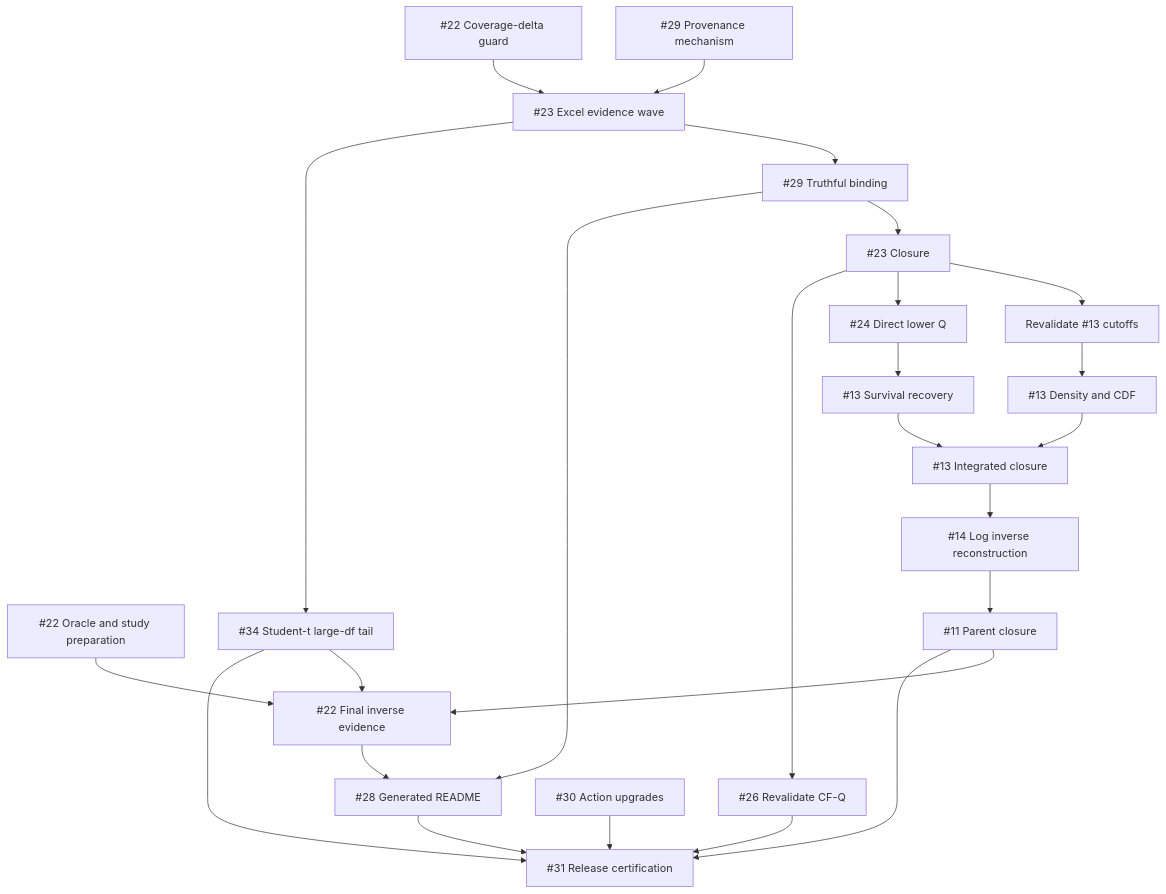
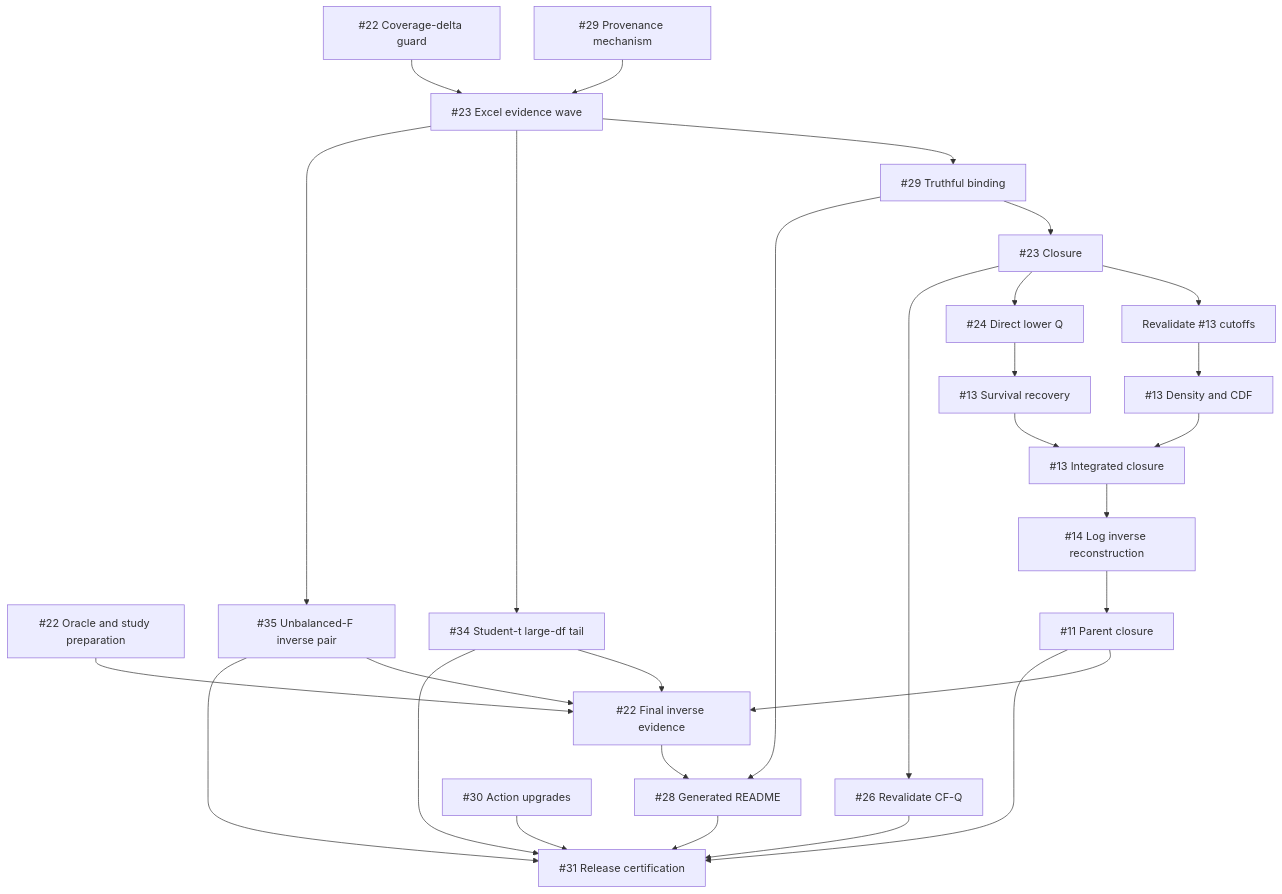
Before and after one commit to danielep71/VBA-PROBABILITY-DISTRIBUTIONS: the diagram in docs/V1_0_0_IMPLEMENTATION_PLAN.md, drawn with Mermaid. The commit also changed other lines of this file and 2 other files, not shown here.

First line of the commit message:
study(f): preregister the #35 unbalanced-F isolation (refs #35, #22)

```diff
--- a/docs/V1_0_0_IMPLEMENTATION_PLAN.md
+++ b/docs/V1_0_0_IMPLEMENTATION_PLAN.md
@@ -160,27 +160,30 @@
 ~~~mermaid
 flowchart TD
     M29["#29 Provenance mechanism"] --> E23["#23 Excel evidence wave"]
     G22["#22 Coverage-delta guard"] --> E23
     P22["#22 Oracle and study preparation"] --> C22["#22 Final inverse evidence"]
     E23 --> C29["#29 Truthful binding"]
     C29 --> I23["#23 Closure"]
     I23 --> R13["Revalidate #13 cutoffs"]
     I23 --> I24["#24 Direct lower Q"]
     I23 --> I26["#26 Revalidate CF-Q"]
     R13 --> D13["#13 Density and CDF"]
     I24 --> S13["#13 Survival recovery"]
     D13 --> I13["#13 Integrated closure"]
     S13 --> I13
     I13 --> I14["#14 Log inverse reconstruction"]
     I14 --> I11["#11 Parent closure"]
     I11 --> C22
     E23 --> I34["#34 Student-t large-df tail"]
     I34 --> C22
     I34 --> I31
+    E23 --> I35["#35 Unbalanced-F inverse pair"]
+    I35 --> C22
+    I35 --> I31
     C22 --> I28["#28 Generated README"]
     C29 --> I28
     I30["#30 Action upgrades"] --> I31["#31 Release certification"]
     I11 --> I31
     I26 --> I31
     I28 --> I31
 ~~~
```
